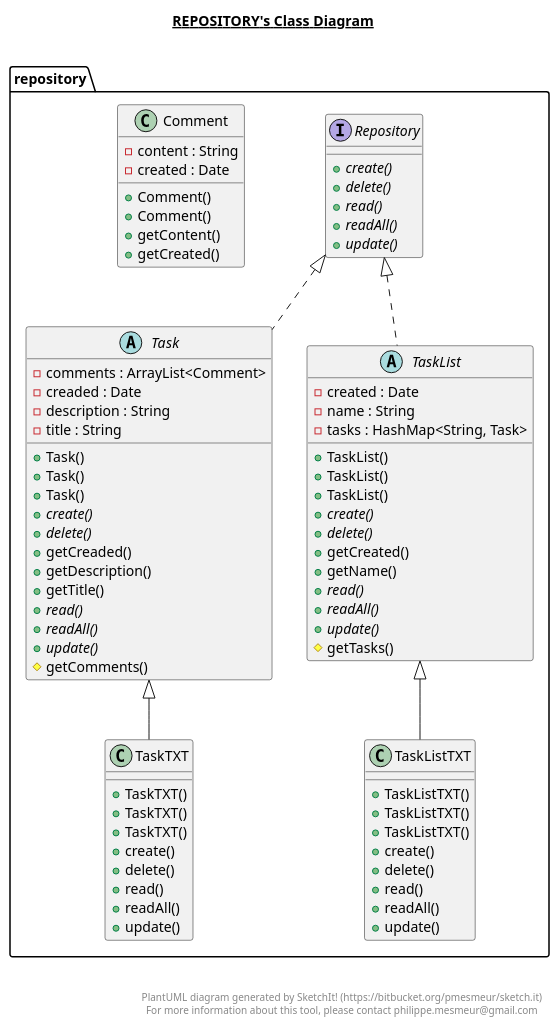
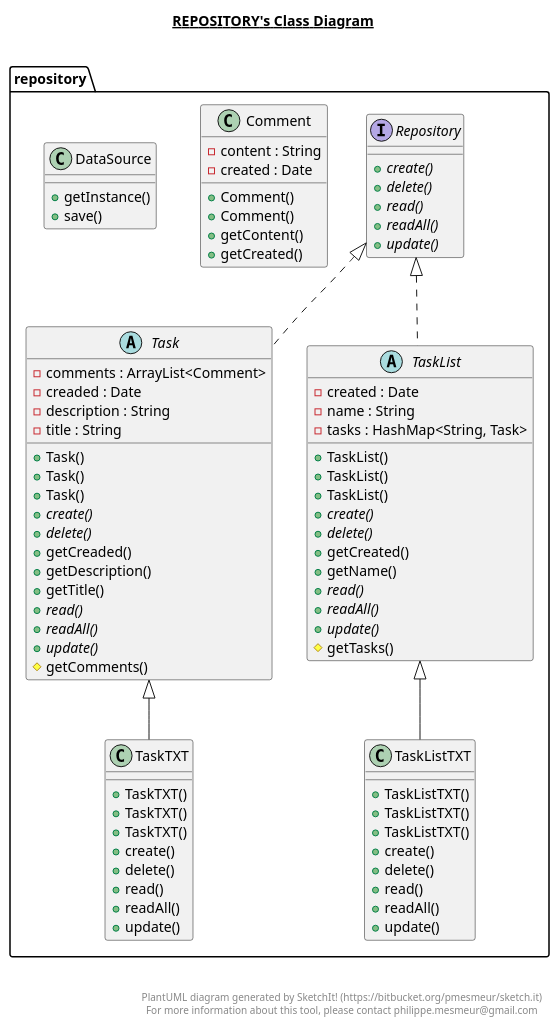
Before and after one commit to Dieunelson-Dorcelus/todo-cli: the diagram in src/repository/repository.plantuml, drawn with PlantUML. The commit also changed 7 other files, not shown here.

```diff
--- a/src/repository/repository.plantuml
+++ b/src/repository/repository.plantuml
@@ -1,111 +1,119 @@
 @startuml
 
 title __REPOSITORY's Class Diagram__\n
 
   namespace repository {
     class repository.Comment {
         - content : String
         - created : Date
         + Comment()
         + Comment()
         + getContent()
         + getCreated()
+    }
+  }
+  
+
+  namespace repository {
+    class repository.DataSource {
+        + getInstance()
+        + save()
     }
   }
   
 
   namespace repository {
     interface repository.Repository {
         {abstract} + create()
         {abstract} + delete()
         {abstract} + read()
         {abstract} + readAll()
         {abstract} + update()
     }
   }
   
 
   namespace repository {
     abstract class repository.Task {
         - comments : ArrayList<Comment>
         - creaded : Date
         - description : String
         - title : String
         + Task()
         + Task()
         + Task()
         {abstract} + create()
         {abstract} + delete()
         + getCreaded()
         + getDescription()
         + getTitle()
         {abstract} + read()
         {abstract} + readAll()
         {abstract} + update()
         # getComments()
     }
   }
   
 
   namespace repository {
     abstract class repository.TaskList {
         - created : Date
         - name : String
         - tasks : HashMap<String, Task>
         + TaskList()
         + TaskList()
         + TaskList()
         {abstract} + create()
         {abstract} + delete()
         + getCreated()
         + getName()
         {abstract} + read()
         {abstract} + readAll()
         {abstract} + update()
         # getTasks()
     }
   }
   
 
   namespace repository {
     class repository.TaskListTXT {
         + TaskListTXT()
         + TaskListTXT()
         + TaskListTXT()
         + create()
         + delete()
         + read()
         + readAll()
         + update()
     }
   }
   
 
   namespace repository {
     class repository.TaskTXT {
         + TaskTXT()
         + TaskTXT()
         + TaskTXT()
         + create()
         + delete()
         + read()
         + readAll()
         + update()
     }
   }
   
 
   repository.Task .up.|> repository.Repository
   repository.TaskList .up.|> repository.Repository
   repository.TaskListTXT -up-|> repository.TaskList
   repository.TaskTXT -up-|> repository.Task
 
 
 right footer
 
 
 PlantUML diagram generated by SketchIt! (https://bitbucket.org/pmesmeur/sketch.it)
 For more information about this tool, please contact philippe.mesmeur@gmail.com
 endfooter
 
 @enduml
```
